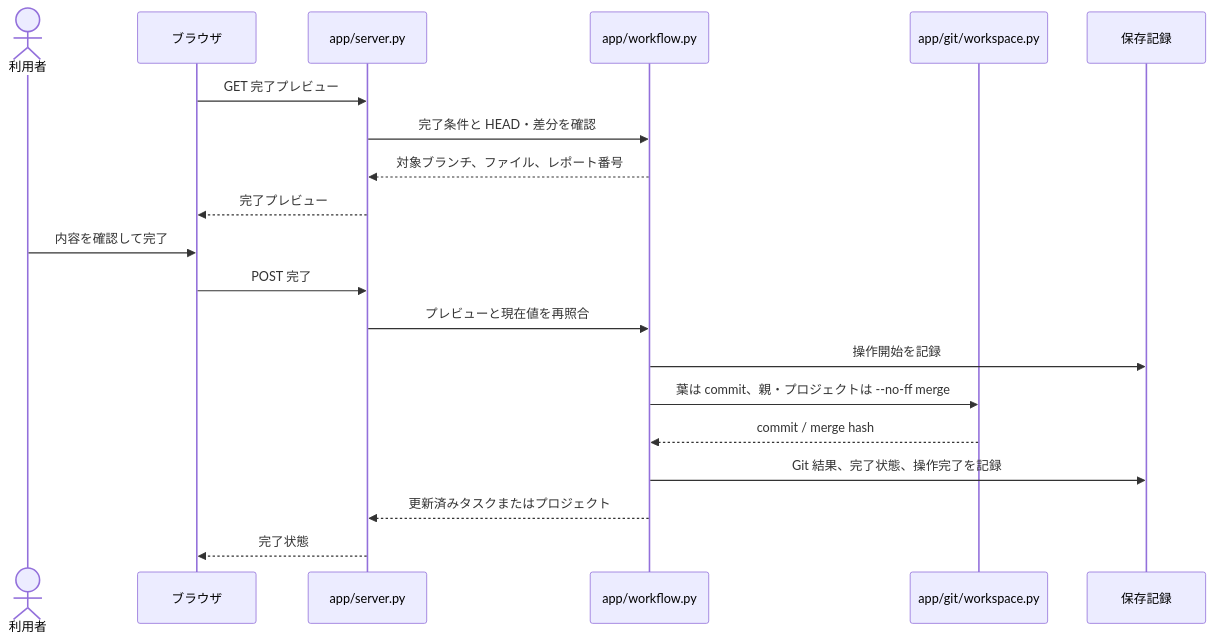
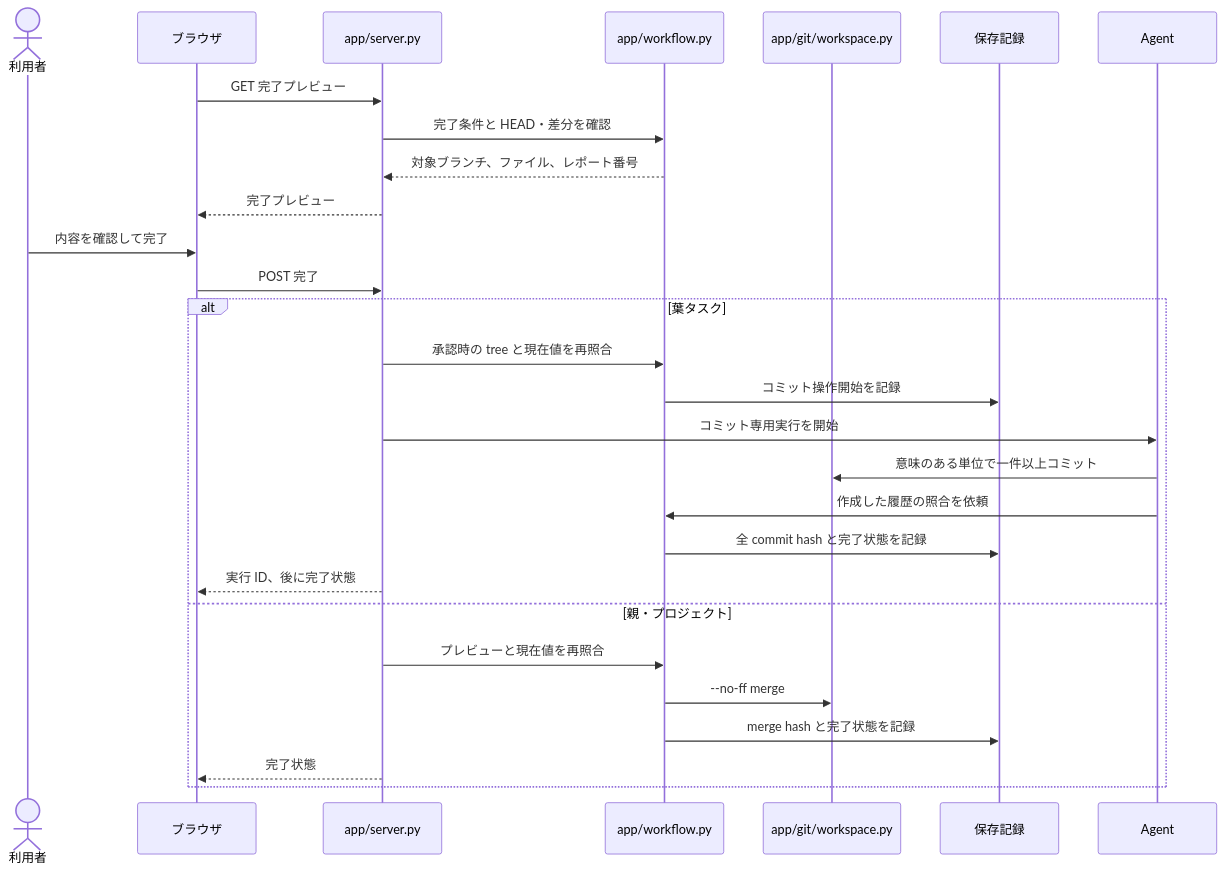
The third of 4 diagrams in docs/development-guide.md (simai-love/develop-agent), drawn with Mermaid before and after one commit. The commit also changed other lines of this file and 17 other files, not shown here.

````diff
--- a/docs/development-guide.md
+++ b/docs/development-guide.md
@@ -90,22 +90,29 @@
 ```mermaid
 sequenceDiagram
   actor User as 利用者
   participant UI as ブラウザ
   participant API as app/server.py
   participant Flow as app/workflow.py
   participant Git as app/git/workspace.py
   participant Store as 保存記録
   UI->>API: GET 完了プレビュー
   API->>Flow: 完了条件と HEAD・差分を確認
   Flow-->>API: 対象ブランチ、ファイル、レポート番号
   API-->>UI: 完了プレビュー
   User->>UI: 内容を確認して完了
   UI->>API: POST 完了
-  API->>Flow: プレビューと現在値を再照合
-  Flow->>Store: 操作開始を記録
-  Flow->>Git: 葉は commit、親・プロジェクトは --no-ff merge
-  Git-->>Flow: commit / merge hash
-  Flow->>Store: Git 結果、完了状態、操作完了を記録
-  Flow-->>API: 更新済みタスクまたはプロジェクト
-  API-->>UI: 完了状態
+  alt 葉タスク
+    API->>Flow: 承認時の tree と現在値を再照合
+    Flow->>Store: コミット操作開始を記録
+    API->>Agent: コミット専用実行を開始
+    Agent->>Git: 意味のある単位で一件以上コミット
+    Agent->>Flow: 作成した履歴の照合を依頼
+    Flow->>Store: 全 commit hash と完了状態を記録
+    API-->>UI: 実行 ID、後に完了状態
+  else 親・プロジェクト
+    API->>Flow: プレビューと現在値を再照合
+    Flow->>Git: --no-ff merge
+    Flow->>Store: merge hash と完了状態を記録
+    API-->>UI: 完了状態
+  end
 ```
````
